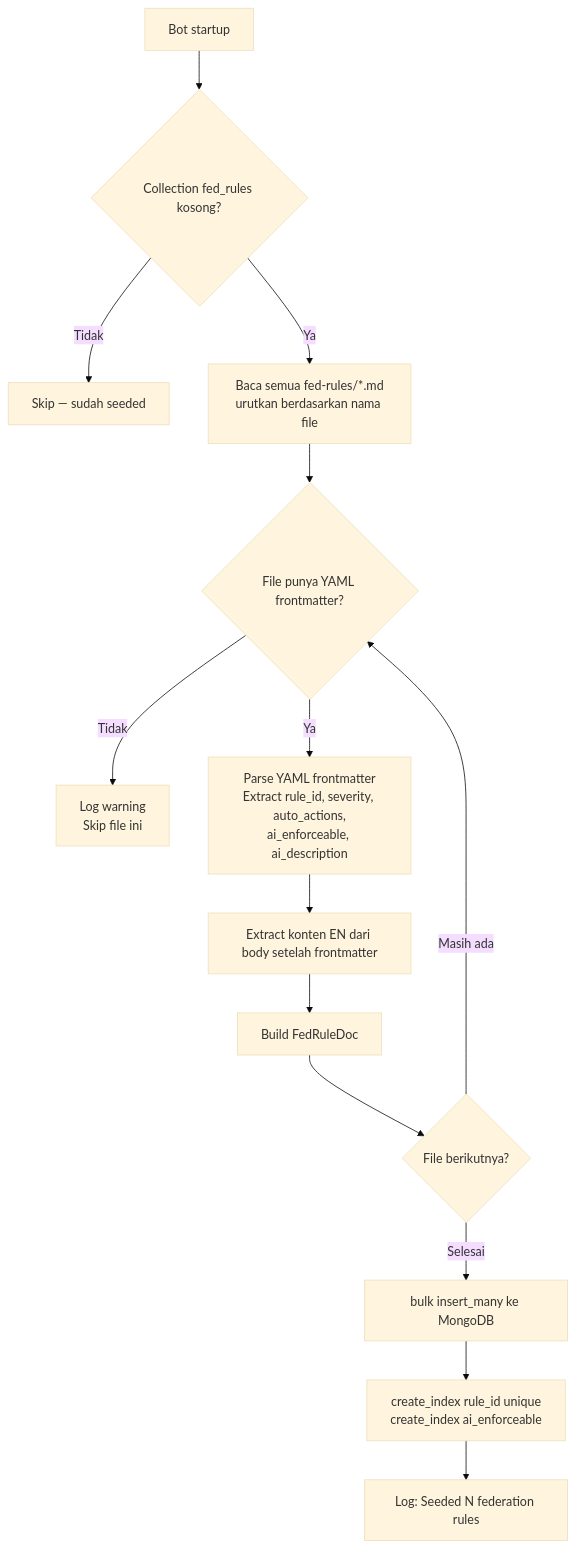
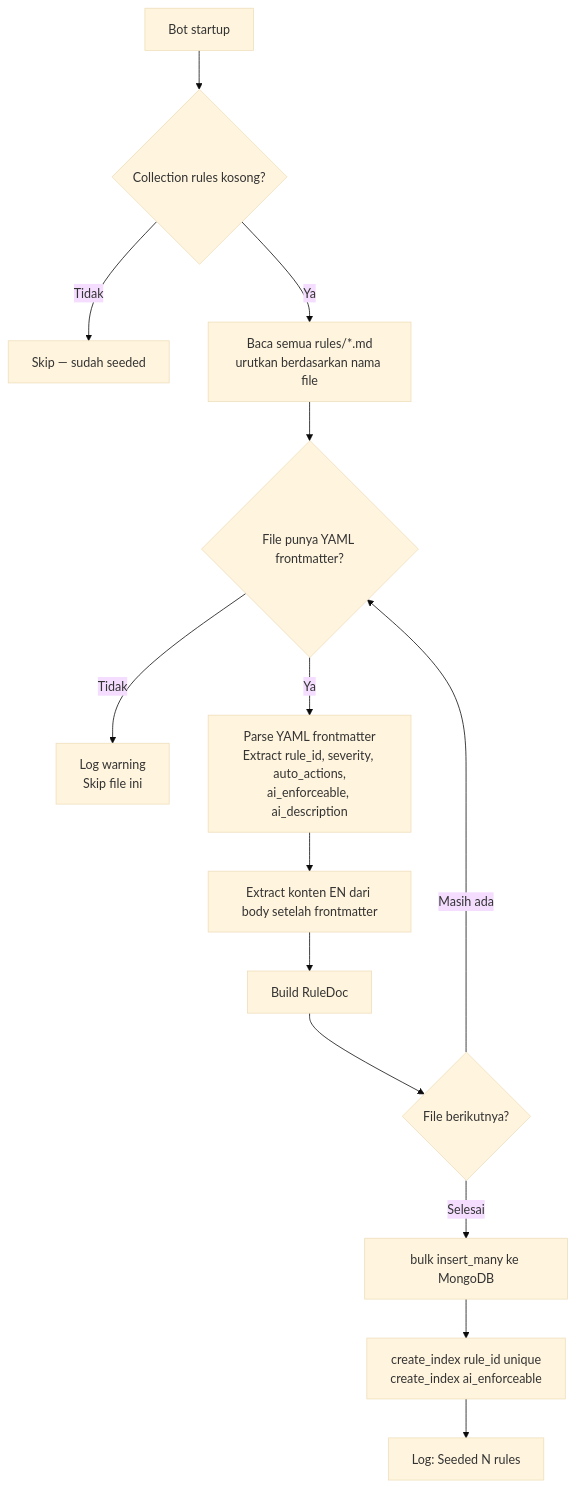
Diagram 12 of 15 in PRD.md (D1ZZY4/tcbot), drawn with Mermaid (base theme) before and after one commit. The commit also changed other lines of this file, not shown here.

````diff
--- a/PRD.md
+++ b/PRD.md
@@ -806,16 +806,16 @@
 ```mermaid
 flowchart TD
-    A[Bot startup] --> B{Collection fed_rules kosong?}
+    A[Bot startup] --> B{Collection rules kosong?}
     B -->|Tidak| C[Skip — sudah seeded]
-    B -->|Ya| D[Baca semua fed-rules/*.md\nurutkan berdasarkan nama file]
+    B -->|Ya| D[Baca semua rules/*.md\nurutkan berdasarkan nama file]
     D --> E{File punya YAML frontmatter?}
     E -->|Tidak| F[Log warning\nSkip file ini]
     E -->|Ya| G[Parse YAML frontmatter\nExtract rule_id, severity, auto_actions,\nai_enforceable, ai_description]
     G --> H[Extract konten EN dari body setelah frontmatter]
-    H --> I[Build FedRuleDoc]
+    H --> I[Build RuleDoc]
     I --> J{File berikutnya?}
     J -->|Masih ada| E
     J -->|Selesai| K[bulk insert_many ke MongoDB]
     K --> L[create_index rule_id unique\ncreate_index ai_enforceable]
-    L --> M[Log: Seeded N federation rules]
+    L --> M[Log: Seeded N rules]
 ```
````
